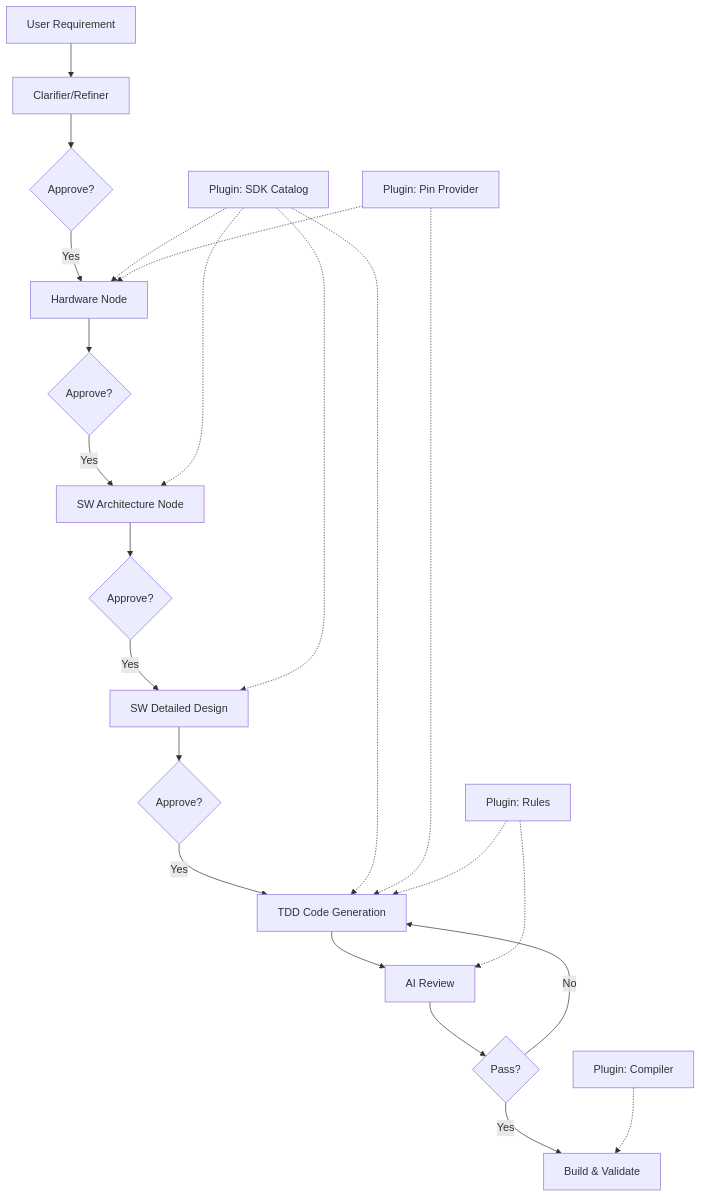
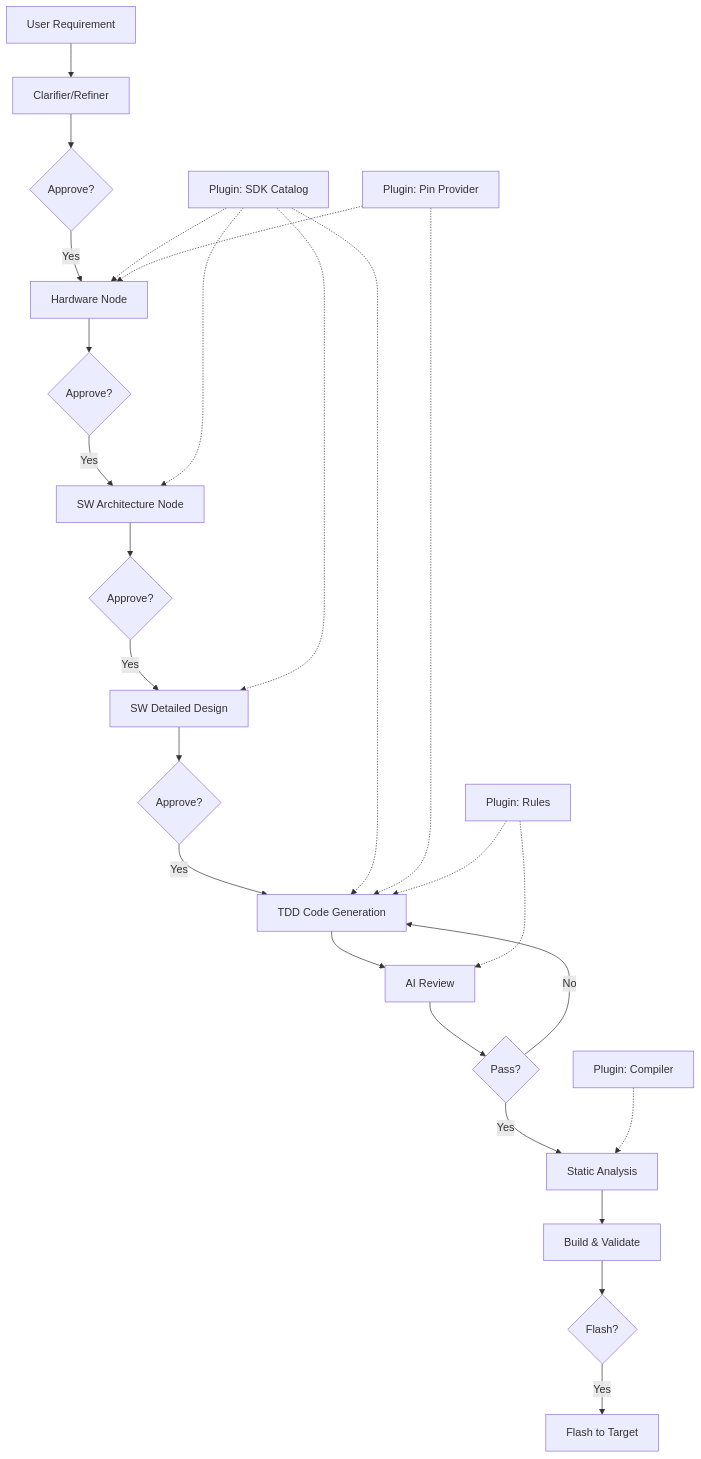
Before and after one commit to EchoSNS/embedforge: the diagram in README.md, drawn with Mermaid. The commit also changed other lines of this file and 32 other files, not shown here.

First line of the commit message:
feat: add static analysis, flash service, and comprehensive observability

````diff
--- a/README.md
+++ b/README.md
@@ -32,26 +34,29 @@
 ```mermaid
 graph TD
     A[User Requirement] --> B[Clarifier/Refiner]
     B --> C{Approve?}
     C -->|Yes| D[Hardware Node]
     D --> E{Approve?}
     E -->|Yes| F[SW Architecture Node]
     F --> G{Approve?}
     G -->|Yes| H[SW Detailed Design]
     H --> I{Approve?}
     I -->|Yes| J[TDD Code Generation]
     J --> K[AI Review]
     K --> L{Pass?}
-    L -->|Yes| M[Build & Validate]
+    L -->|Yes| M[Static Analysis]
+    M --> N[Build & Validate]
+    N --> O{Flash?}
+    O -->|Yes| P2[Flash to Target]
     L -->|No| J
 
     P[Plugin: SDK Catalog] -.-> D
     P -.-> F
     P -.-> H
     P -.-> J
     Q[Plugin: Pin Provider] -.-> D
     Q -.-> J
     R[Plugin: Compiler] -.-> M
     S[Plugin: Rules] -.-> J
     S -.-> K
 ```
````
